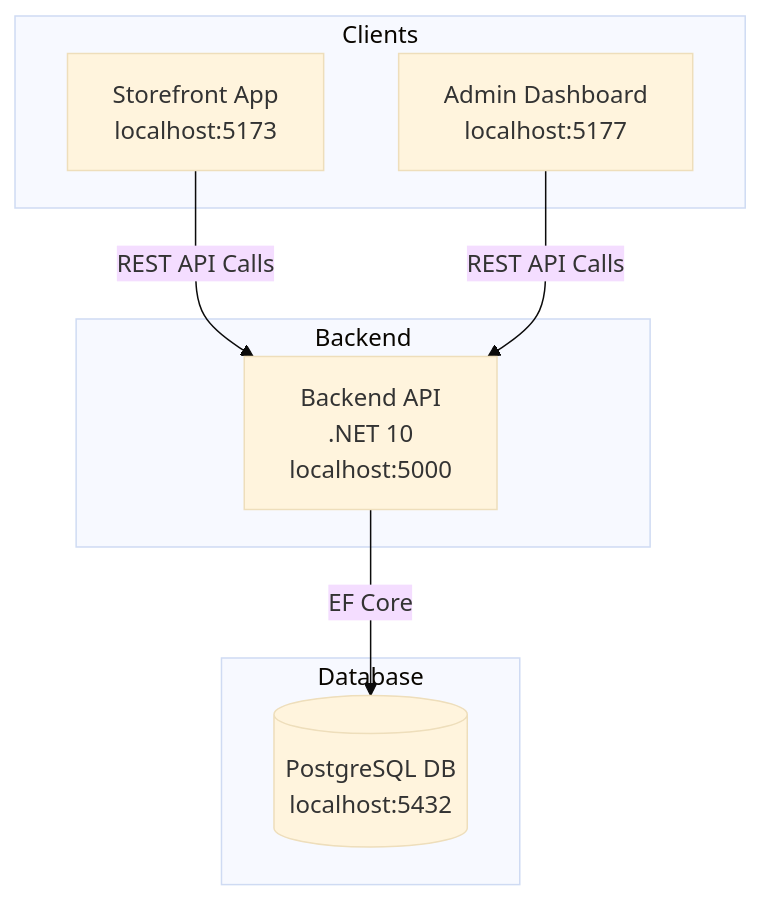
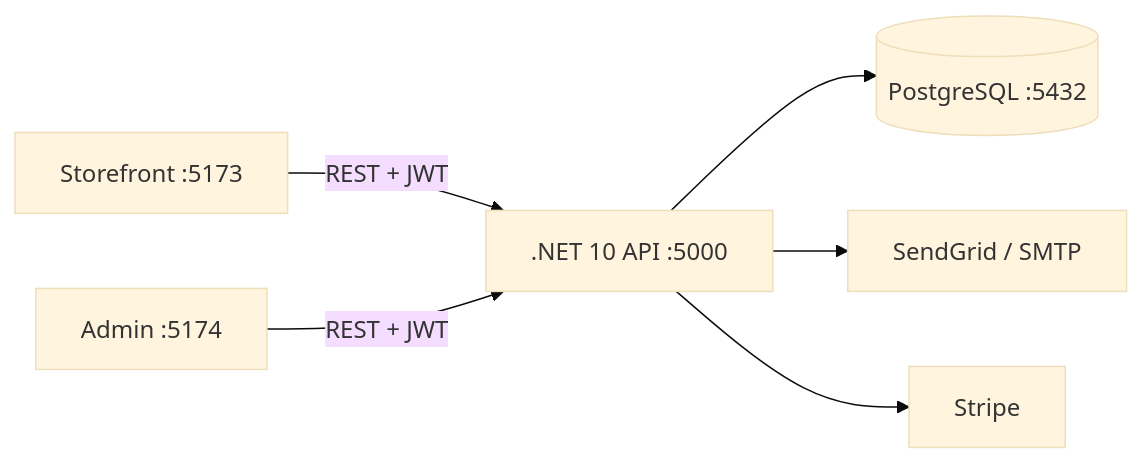
Before and after one commit to IvanSemov44/E-commerce: the diagram in README.md, drawn with Mermaid (base theme). The commit also changed other lines of this file and 18 other files, not shown here.

````diff
--- a/README.md
+++ b/README.md
@@ -93,73 +5,8 @@
 ```mermaid
-
-
-
-graph TD
-
-
-
-    subgraph "Clients"
-
-
-
-        A[Storefront App <br>localhost:5173]
-
-
-
-        B[Admin Dashboard <br>localhost:5177]
-
-
-
-    end
-
-
-
-
-
-
-
-    subgraph "Backend"
-
-
-
-        C[Backend API <br>.NET 10 <br>localhost:5000]
-
-
-
-    end
-
-
-
-
-
-
-
-    subgraph "Database"
-
-
-
-        D[(PostgreSQL DB <br>localhost:5432)]
-
-
-
-    end
-
-
-
-
-
-
-
-    A -->|REST API Calls| C
-
-
-
-    B -->|REST API Calls| C
-
-
-
-    C -->|EF Core| D
-
-
-
+graph LR
+    A[Storefront :5173] -->|REST + JWT| C[.NET 10 API :5000]
+    B[Admin :5174] -->|REST + JWT| C
+    C --> D[(PostgreSQL :5432)]
+    C --> E[SendGrid / SMTP]
+    C --> F[Stripe]
 ```
````
